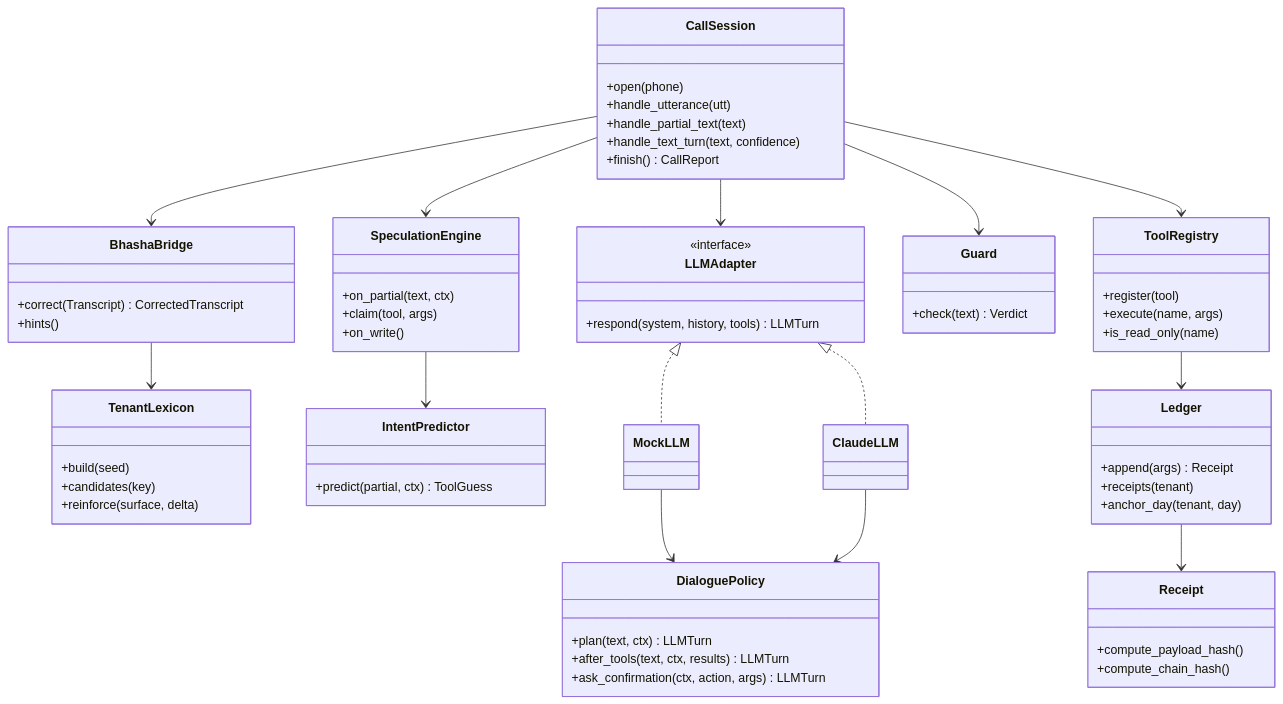
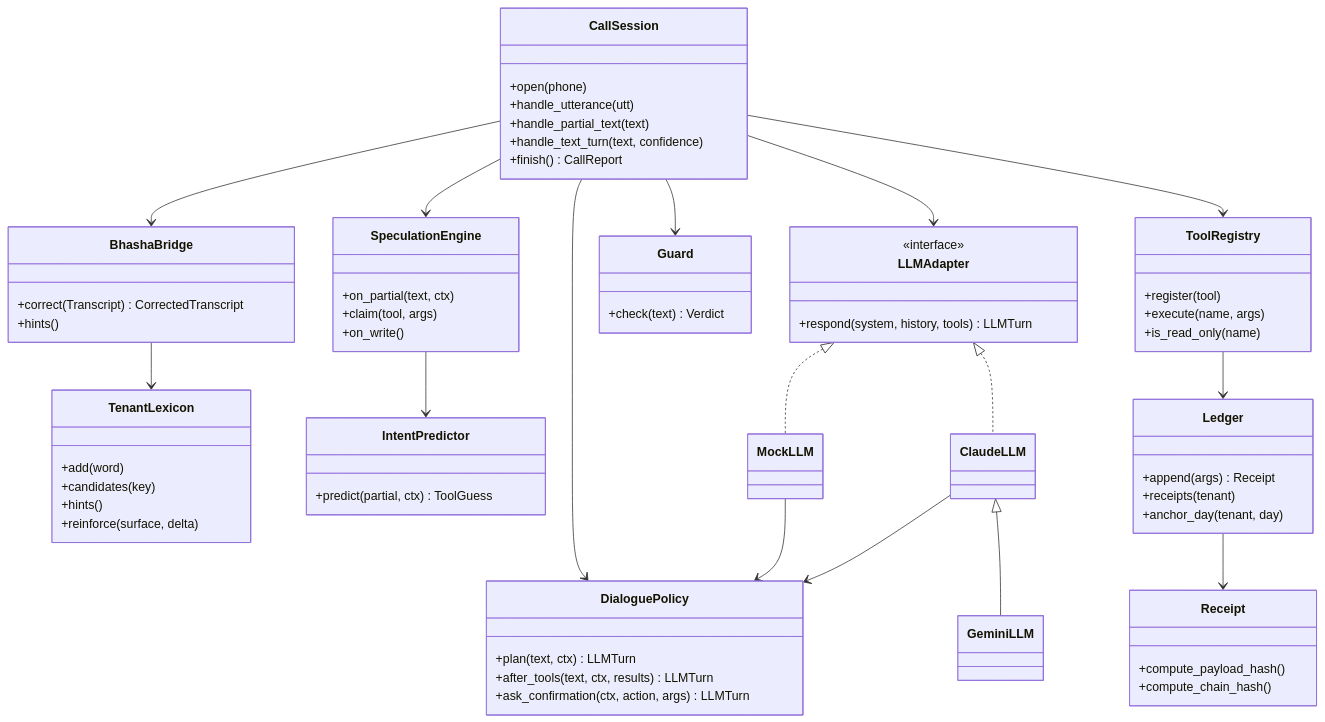
One commit to aritra-25hazra/haanji changed the seventh of 8 diagrams in research/REPORT.md. Above: the diagram before and after it, drawn with Mermaid. The commit also changed other lines of this file and 63 other files, not shown here.

````diff
--- a/research/REPORT.md
+++ b/research/REPORT.md
@@ -830,68 +835,73 @@
 ```mermaid
 classDiagram
   class CallSession {
     +open(phone)
     +handle_utterance(utt)
     +handle_partial_text(text)
     +handle_text_turn(text, confidence)
     +finish() CallReport
   }
   class BhashaBridge {
     +correct(Transcript) CorrectedTranscript
     +hints()
   }
   class TenantLexicon {
-    +build(seed)
+    +add(word)
     +candidates(key)
+    +hints()
     +reinforce(surface, delta)
   }
+
   class SpeculationEngine {
     +on_partial(text, ctx)
     +claim(tool, args)
     +on_write()
   }
   class IntentPredictor {
     +predict(partial, ctx) ToolGuess
   }
   class DialoguePolicy {
     +plan(text, ctx) LLMTurn
     +after_tools(text, ctx, results) LLMTurn
     +ask_confirmation(ctx, action, args) LLMTurn
   }
   class LLMAdapter {
     <<interface>>
     +respond(system, history, tools) LLMTurn
   }
   class MockLLM
   class ClaudeLLM
+  class GeminiLLM
   class Guard {
     +check(text) Verdict
   }
   class ToolRegistry {
     +register(tool)
     +execute(name, args)
     +is_read_only(name)
   }
   class Ledger {
     +append(args) Receipt
     +receipts(tenant)
     +anchor_day(tenant, day)
   }
   class Receipt {
     +compute_payload_hash()
     +compute_chain_hash()
   }
   CallSession --> BhashaBridge
   CallSession --> SpeculationEngine
   CallSession --> LLMAdapter
   CallSession --> Guard
   CallSession --> ToolRegistry
+  CallSession --> DialoguePolicy
   BhashaBridge --> TenantLexicon
   SpeculationEngine --> IntentPredictor
   LLMAdapter <|.. MockLLM
   LLMAdapter <|.. ClaudeLLM
+  ClaudeLLM <|-- GeminiLLM
   MockLLM --> DialoguePolicy
   ClaudeLLM --> DialoguePolicy
   ToolRegistry --> Ledger
   Ledger --> Receipt
 ```
````
